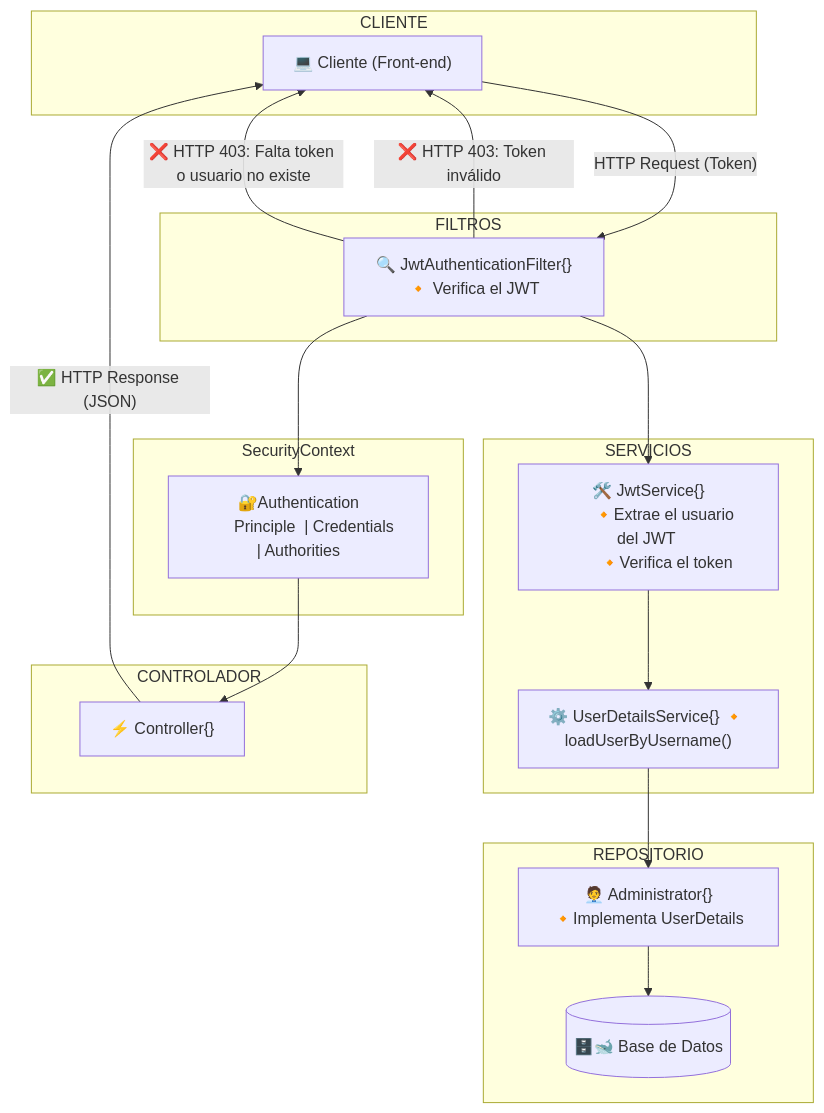
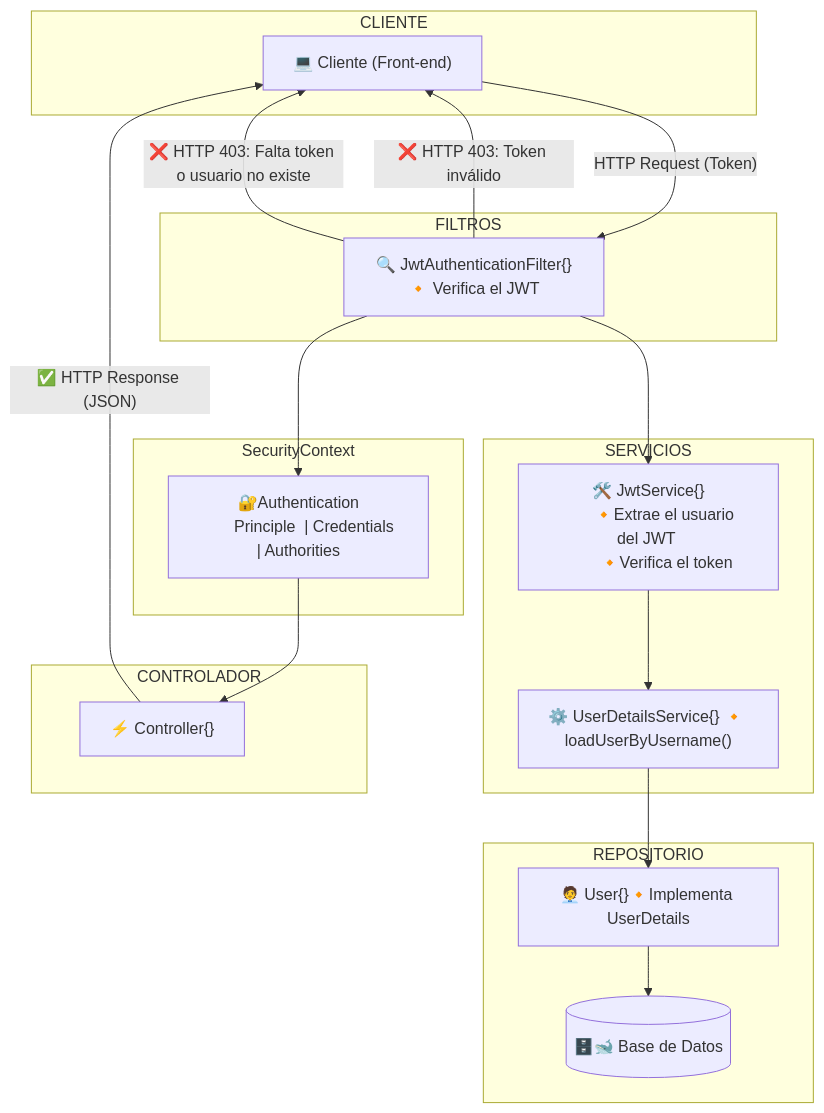
The fourth of 4 diagrams in README.md (asobrados03/HotelManagementAPI), drawn with Mermaid before and after one commit. The commit also changed other lines of this file, not shown here.

````diff
--- a/README.md
+++ b/README.md
@@ -140,46 +140,46 @@
 ```mermaid
 graph TD;
     subgraph CLIENTE
         Cliente["💻 Cliente (Front-end)"]
     end
 
     subgraph FILTROS
         JwtFilter["🔍 JwtAuthenticationFilter{}🔸 Verifica el JWT"]
     end
 
     subgraph SERVICIOS
         JwtService["🛠️ JwtService{}
         🔸Extrae el usuario del JWT 
         🔸Verifica el token"]
         UserDetailsService["⚙️ UserDetailsService{} 🔸 loadUserByUsername()"]
     end
 
     subgraph REPOSITORIO
-        User["🧑‍💼 Administrator{}🔸Implementa UserDetails"]
+        User["🧑‍💼 User{}🔸Implementa UserDetails"]
         DB[("🗄️🐋 Base de Datos")]
     end
 
     subgraph SecurityContext
         Authentication["🔐Authentication
         Principle  | Credentials | Authorities"]
     end
 
     subgraph CONTROLADOR
         Controller["⚡ Controller{}"]
     end
 
     %% Flujo del proceso de validación JWT
     Cliente -- "HTTP Request (Token)" --> JwtFilter
     JwtFilter --> JwtService
     JwtService --> UserDetailsService
     UserDetailsService --> User
     User --> DB
 
     JwtFilter --> Authentication
     Authentication --> Controller
     Controller -- "✅ HTTP Response (JSON)" --> Cliente
 
     %% Manejo de errores (403)
     JwtFilter -- "❌ HTTP 403: Token inválido" --> Cliente
     JwtFilter -- "❌ HTTP 403: Falta token o usuario no existe" --> Cliente
 ```
````
